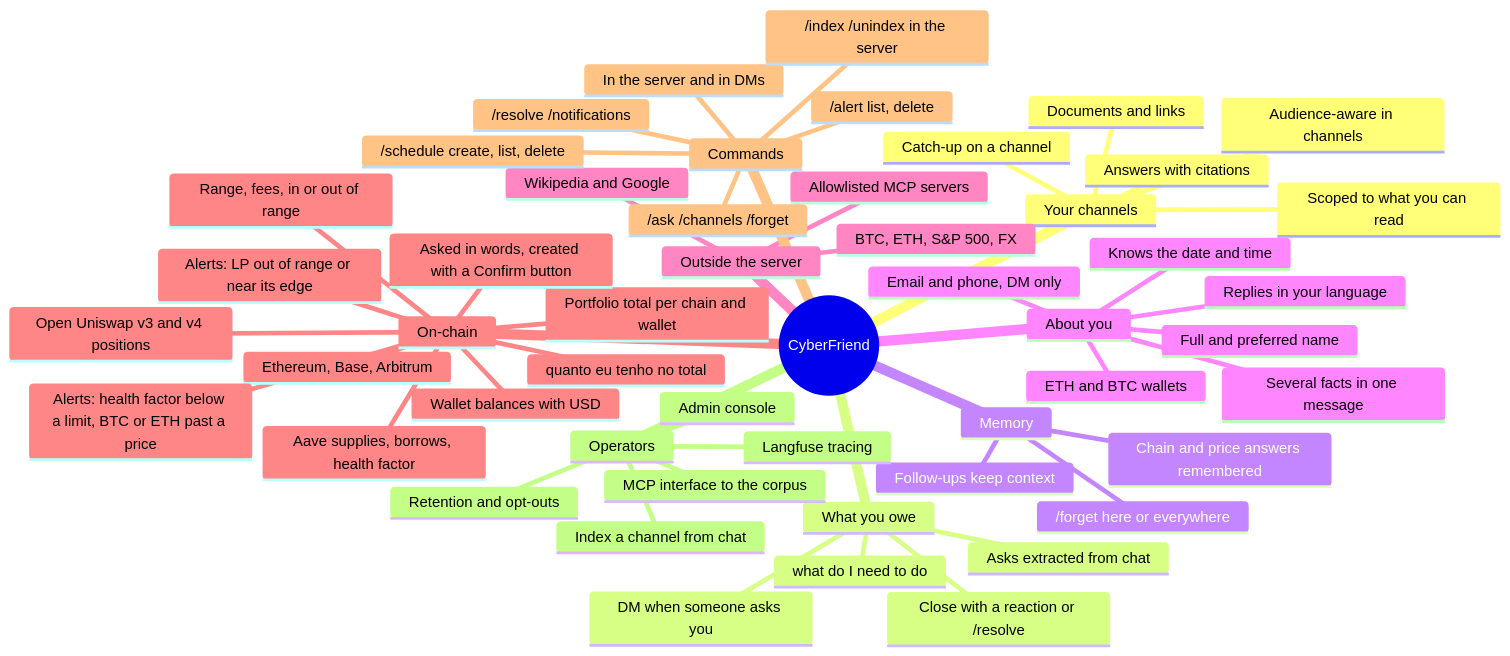
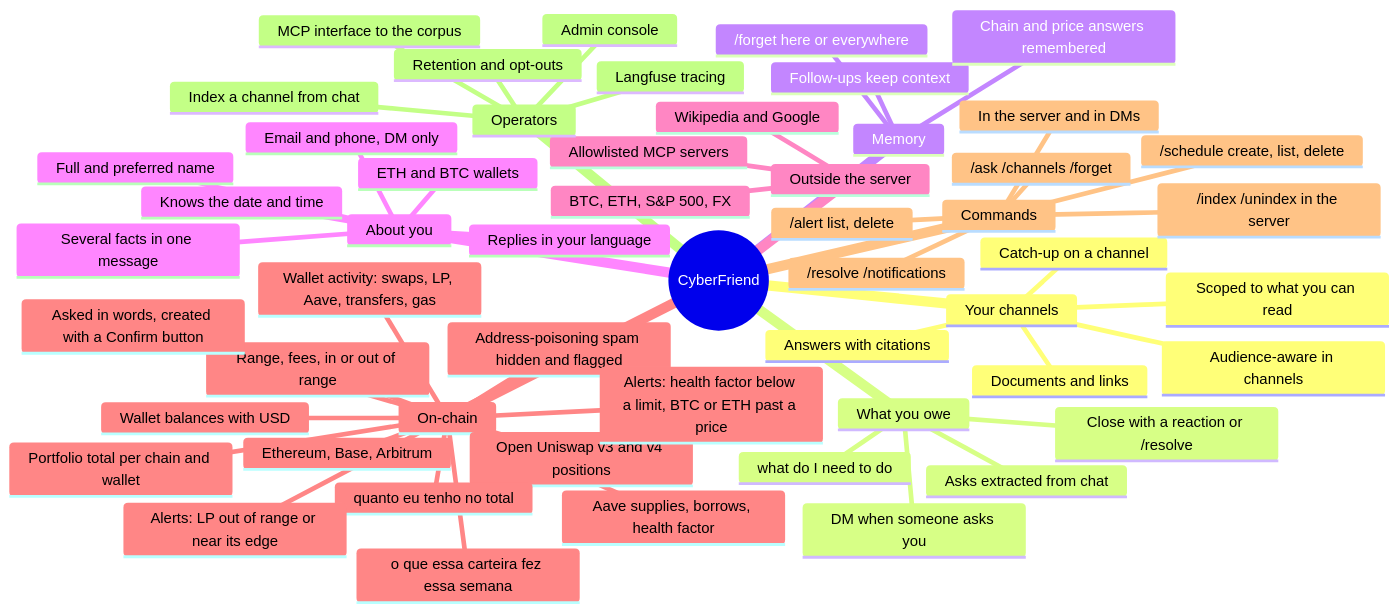
Before and after one commit to CyberdyneCorp/CyberFriend: the first of 4 diagrams in README.md, drawn with Mermaid. The commit also changed other lines of this file and 32 other files, not shown here.

````diff
--- a/README.md
+++ b/README.md
@@ -40,54 +41,57 @@
 ```mermaid
 mindmap
   root((CyberFriend))
     Your channels
       Answers with citations
       Scoped to what you can read
       Audience-aware in channels
       Documents and links
       Catch-up on a channel
     What you owe
       Asks extracted from chat
       what do I need to do
       Close with a reaction or /resolve
       DM when someone asks you
     Memory
       Follow-ups keep context
       Chain and price answers remembered
       /forget here or everywhere
     About you
       Full and preferred name
       Email and phone, DM only
       ETH and BTC wallets
       Several facts in one message
       Replies in your language
       Knows the date and time
     Outside the server
       Wikipedia and Google
       Allowlisted MCP servers
       BTC, ETH, S&P 500, FX
     On-chain
       Ethereum, Base, Arbitrum
       Wallet balances with USD
       Open Uniswap v3 and v4 positions
       Range, fees, in or out of range
       Aave supplies, borrows, health factor
       Portfolio total per chain and wallet
       quanto eu tenho no total
+      Wallet activity: swaps, LP, Aave, transfers, gas
+      o que essa carteira fez essa semana
+      Address-poisoning spam hidden and flagged
       Alerts: LP out of range or near its edge
       Alerts: health factor below a limit, BTC or ETH past a price
       Asked in words, created with a Confirm button
     Commands
       /ask /channels /forget
       /resolve /notifications
       /schedule create, list, delete
       /alert list, delete
       In the server and in DMs
       /index /unindex in the server
     Operators
       Index a channel from chat
       Admin console
       MCP interface to the corpus
       Langfuse tracing
       Retention and opt-outs
 ```
````
